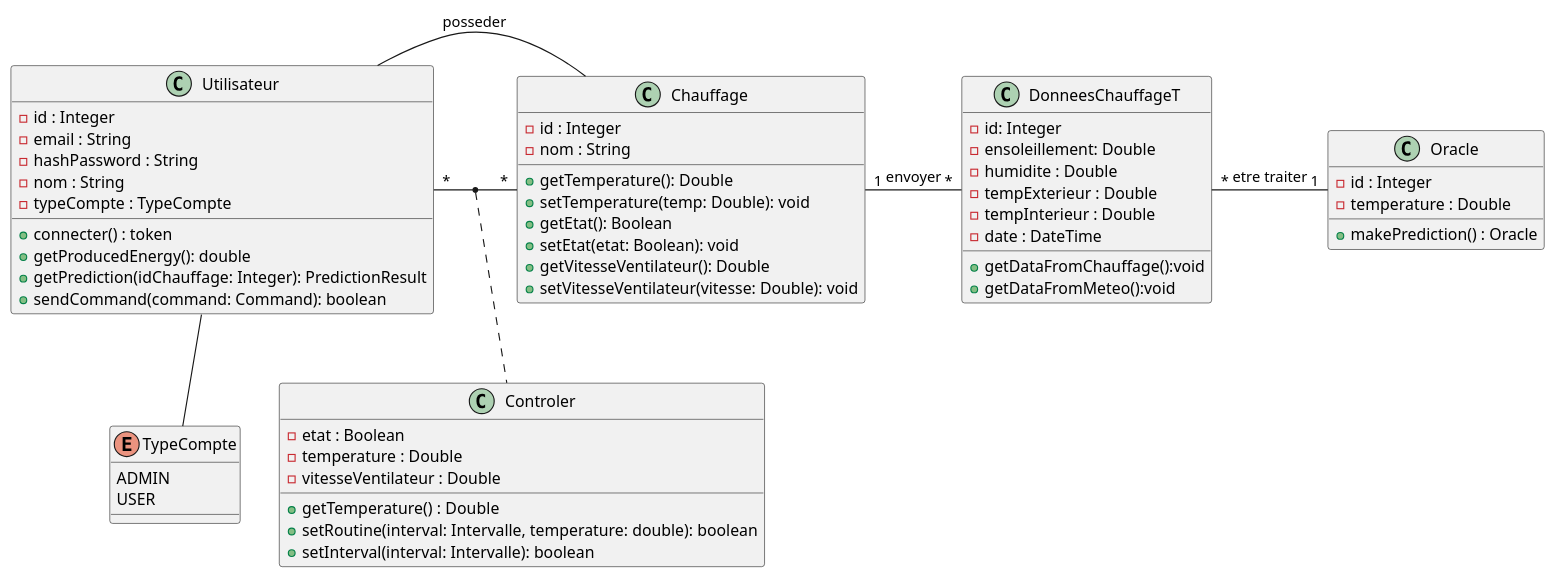
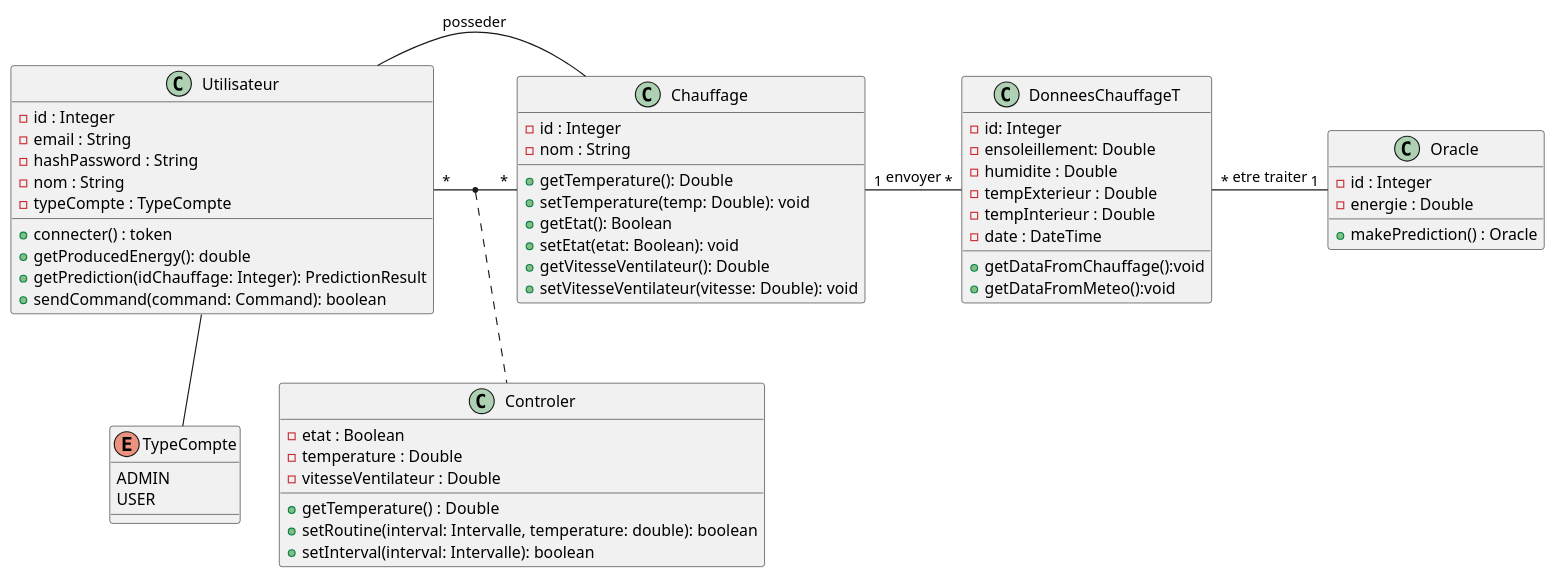
The diagram in diagrams/class.plantuml (chauffapagnan/documentation), drawn with PlantUML before and after one commit.

```diff
--- a/diagrams/class.plantuml
+++ b/diagrams/class.plantuml
@@ -1,66 +1,66 @@
 @startuml
 class Utilisateur{
   - id : Integer
   - email : String
   - hashPassword : String
   - nom : String
   - typeCompte : TypeCompte
   + connecter() : token
     + getProducedEnergy(): double
     + getPrediction(idChauffage: Integer): PredictionResult
     + sendCommand(command: Command): boolean
 }
 class Chauffage{
   - id : Integer
   - nom : String
   + getTemperature(): Double
   + setTemperature(temp: Double): void
   + getEtat(): Boolean
   + setEtat(etat: Boolean): void
   + getVitesseVentilateur(): Double
   + setVitesseVentilateur(vitesse: Double): void
   
   
 }
 class DonneesChauffageT{
   - id: Integer
   - ensoleillement: Double
   - humidite : Double
   - tempExterieur : Double
   - tempInterieur : Double
   - date : DateTime
   + getDataFromChauffage():void
   + getDataFromMeteo():void
 }
 class Oracle{
   - id : Integer
-   - temperature : Double
+   - energie : Double
    + makePrediction() : Oracle
  
 }
 class Controler{
 
   - etat : Boolean
   - temperature : Double
   - vitesseVentilateur : Double
   + getTemperature() : Double 
   + setRoutine(interval: Intervalle, temperature: double): boolean
     + setInterval(interval: Intervalle): boolean
 }
 
 enum TypeCompte{
   ADMIN
   USER
 }
 
 
 Utilisateur- Chauffage: posseder
 Utilisateur"*" - "*" Chauffage
 (Utilisateur, Chauffage) .. Controler
 
 Utilisateur-- TypeCompte
 Chauffage"1"- "*"DonneesChauffageT : envoyer
 DonneesChauffageT"*"- "1" Oracle : etre traiter
 
 
 @enduml
```
